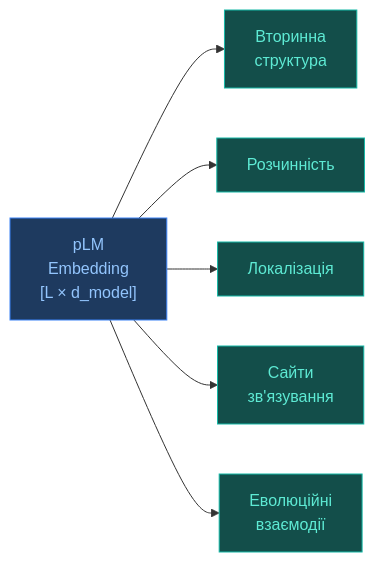
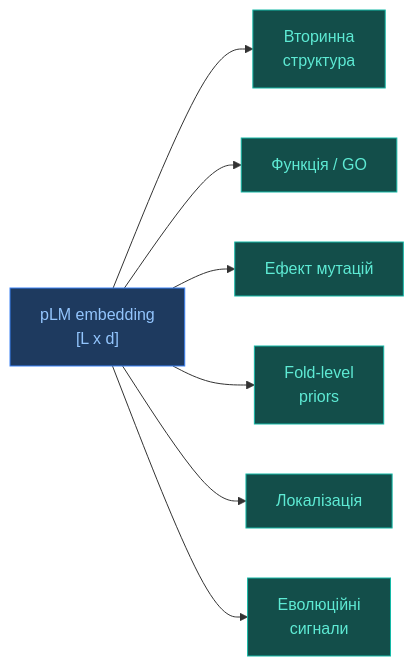
The first of 2 diagrams in UA/2. Концепції/2.2. Машинне-Навчання/2.2.3. Білкові мовні моделі.md (OlehVolkov/AlphaFold3-AIGen-KnowledgeBase), drawn with Mermaid before and after one commit. The commit also changed other lines of this file and 33 other files, not shown here.

````diff
--- a/UA/2. Концепції/2.2. Машинне-Навчання/2.2.3. Білкові мовні моделі.md
+++ b/UA/2. Концепції/2.2. Машинне-Навчання/2.2.3. Білкові мовні моделі.md
@@ -73,18 +158,24 @@
 ```mermaid
 flowchart LR
-    EMB["pLM<br/>Embedding<br/>[L × d_model]"]:::input
+    EMB["pLM embedding<br/>[L x d]"]:::input
     SS["Вторинна<br/>структура"]:::output
-    SOL["Розчинність"]:::output
+    FUNC["Функція / GO"]:::output
+    MUT["Ефект мутацій"]:::output
+    FOLD["Fold-level<br/>priors"]:::output
     LOC["Локалізація"]:::output
-    BIND["Сайти<br/>зв'язування"]:::output
-    EVO["Еволюційні<br/>взаємодії"]:::output
+    EVO["Еволюційні<br/>сигнали"]:::output
 
-    EMB --> SS & SOL & LOC & BIND & EVO
+    EMB --> SS
+    EMB --> FUNC
+    EMB --> MUT
+    EMB --> FOLD
+    EMB --> LOC
+    EMB --> EVO
 
     classDef input fill:#1e3a5f,stroke:#3b82f6,color:#93c5fd
     classDef trunk fill:#312e81,stroke:#7c3aed,color:#c4b5fd
     classDef diffusion fill:#14532d,stroke:#22c55e,color:#86efac
     classDef confidence fill:#7c2d12,stroke:#ea580c,color:#fdba74
     classDef output fill:#134e4a,stroke:#14b8a6,color:#5eead4
     classDef neutral fill:#1e293b,stroke:#475569,color:#94a3b8
 ```
````
